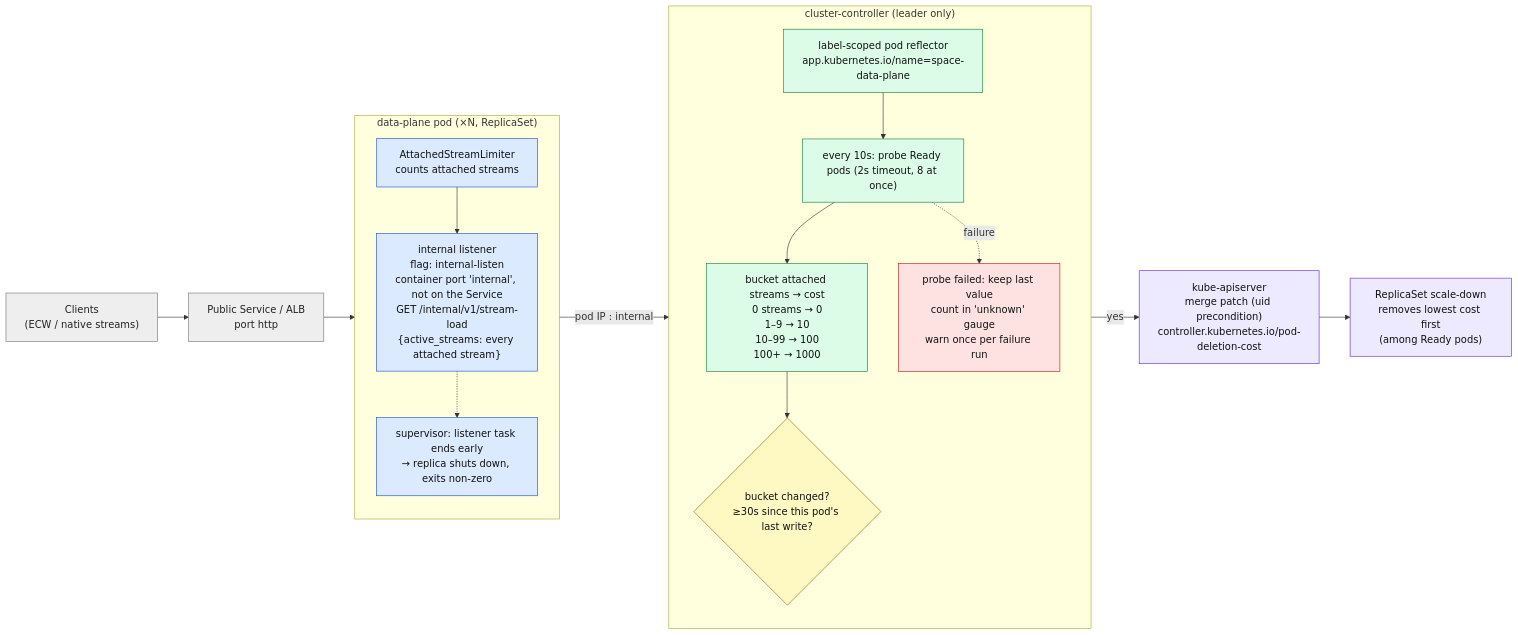
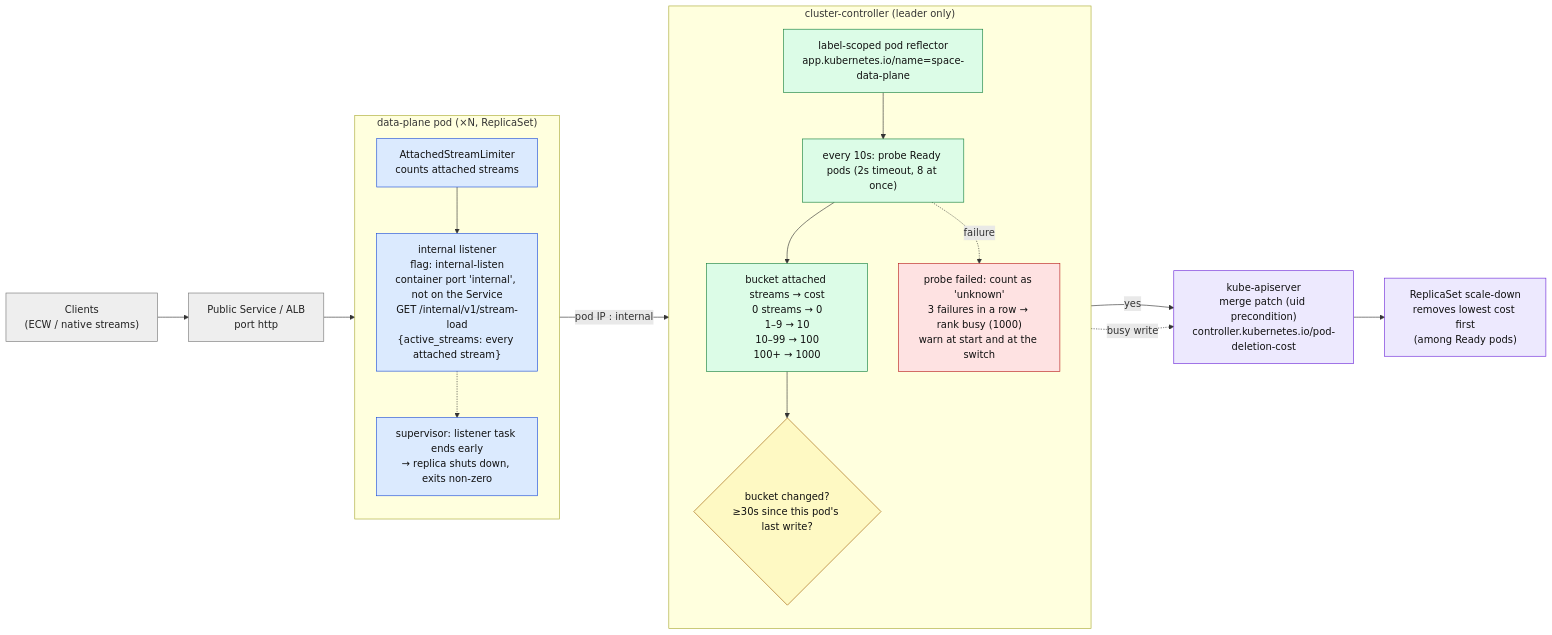
One commit to c1x1x00xxPentium/SPACE changed the diagram in docs/space/diagrams/data-plane-deletion-cost.mmd. Above: the diagram before and after it, drawn with Mermaid. The commit also changed 13 other files, not shown here.

Commit message:
[space] rank unreadable data-plane pods as busy and stamp deletion-cost writes when they start

```diff
--- a/docs/space/diagrams/data-plane-deletion-cost.mmd
+++ b/docs/space/diagrams/data-plane-deletion-cost.mmd
@@ -1,38 +1,39 @@
 flowchart LR
     client["Clients<br/>(ECW / native streams)"]:::ext
     alb["Public Service / ALB<br/>port http"]:::ext
 
     subgraph dp["data-plane pod (×N, ReplicaSet)"]
         direction TB
         permits["AttachedStreamLimiter<br/>counts attached streams"]:::dp
         report["internal listener<br/>flag: internal-listen<br/>container port 'internal', not on the Service<br/>GET /internal/v1/stream-load<br/>{active_streams: every attached stream}"]:::dp
         sup["supervisor: listener task ends early<br/>→ replica shuts down, exits non-zero"]:::dp
         permits --> report
         report -.-> sup
     end
 
     subgraph cc["cluster-controller (leader only)"]
         direction TB
         refl["label-scoped pod reflector<br/>app.kubernetes.io/name=space-data-plane"]:::cc
         tick["every 10s: probe Ready pods (2s timeout, 8 at once)"]:::cc
         bucket["bucket attached streams → cost<br/>0 streams → 0<br/>1–9 → 10<br/>10–99 → 100<br/>100+ → 1000"]:::cc
         decide{"bucket changed?<br/>≥30s since this pod's last write?"}:::gate
-        stale["probe failed: keep last value<br/>count in 'unknown' gauge<br/>warn once per failure run"]:::warn
+        stale["probe failed: count as 'unknown'<br/>3 failures in a row → rank busy (1000)<br/>warn at start and at the switch"]:::warn
         refl --> tick --> bucket --> decide
         tick -. failure .-> stale
     end
 
     api["kube-apiserver<br/>merge patch (uid precondition)<br/>controller.kubernetes.io/pod-deletion-cost"]:::k8s
     rs["ReplicaSet scale-down<br/>removes lowest cost first<br/>(among Ready pods)"]:::k8s
 
     client --> alb --> permits
     report -- "pod IP : internal" --> tick
     decide -- yes --> api
+    stale -. "busy write" .-> api
     api --> rs
 
     classDef ext fill:#eeeeee,stroke:#777,color:#222
     classDef dp fill:#dbeafe,stroke:#1d4ed8,color:#111
     classDef cc fill:#dcfce7,stroke:#15803d,color:#111
     classDef gate fill:#fef9c3,stroke:#a16207,color:#111
     classDef warn fill:#fee2e2,stroke:#b91c1c,color:#111
     classDef k8s fill:#ede9fe,stroke:#6d28d9,color:#111
```
